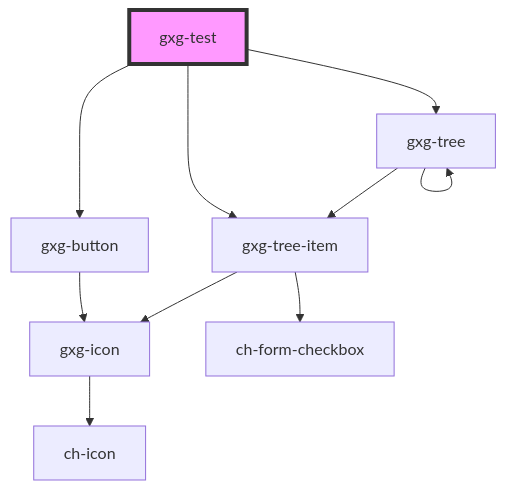
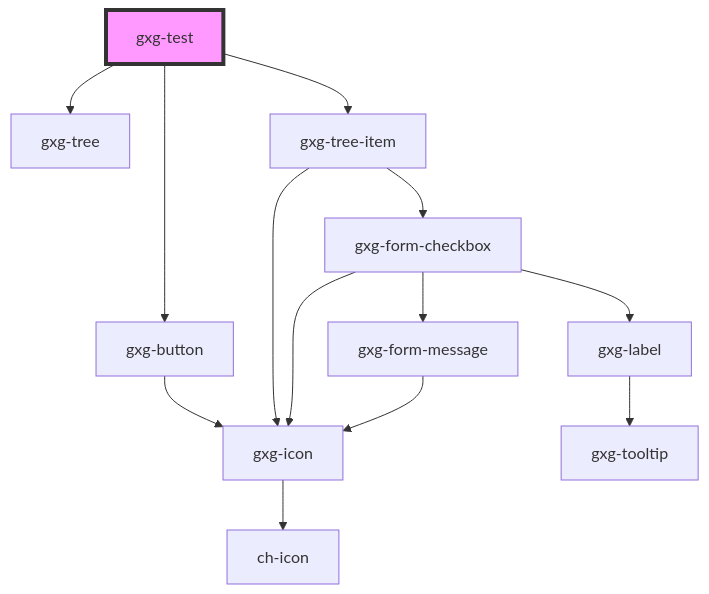
Before and after one commit to genexuslabs/gemini: the diagram in src/components/test/readme.md, drawn with Mermaid. The commit also changed 12 other files, not shown here.

Commit message:
update tree and tree-item

````diff
--- a/src/components/test/readme.md
+++ b/src/components/test/readme.md
@@ -28,13 +28,16 @@
 ```mermaid
 graph TD;
   gxg-test --> gxg-button
   gxg-test --> gxg-tree
   gxg-test --> gxg-tree-item
   gxg-button --> gxg-icon
   gxg-icon --> ch-icon
-  gxg-tree --> gxg-tree
-  gxg-tree --> gxg-tree-item
   gxg-tree-item --> gxg-icon
-  gxg-tree-item --> ch-form-checkbox
+  gxg-tree-item --> gxg-form-checkbox
+  gxg-form-checkbox --> gxg-icon
+  gxg-form-checkbox --> gxg-label
+  gxg-form-checkbox --> gxg-form-message
+  gxg-label --> gxg-tooltip
+  gxg-form-message --> gxg-icon
   style gxg-test fill:#f9f,stroke:#333,stroke-width:4px
 ```
````
